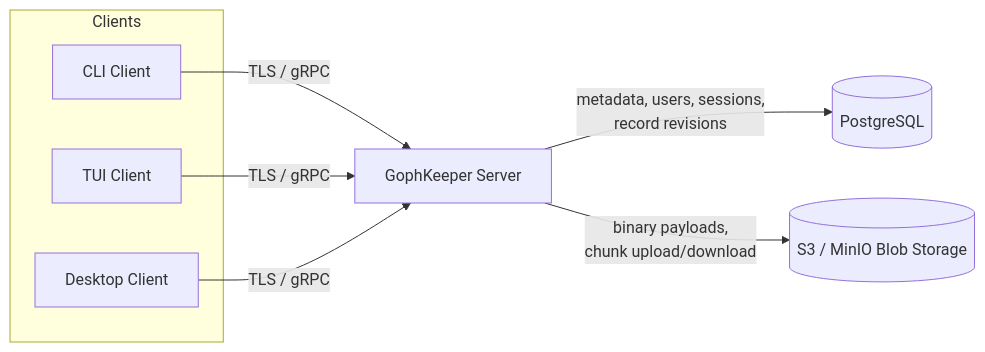
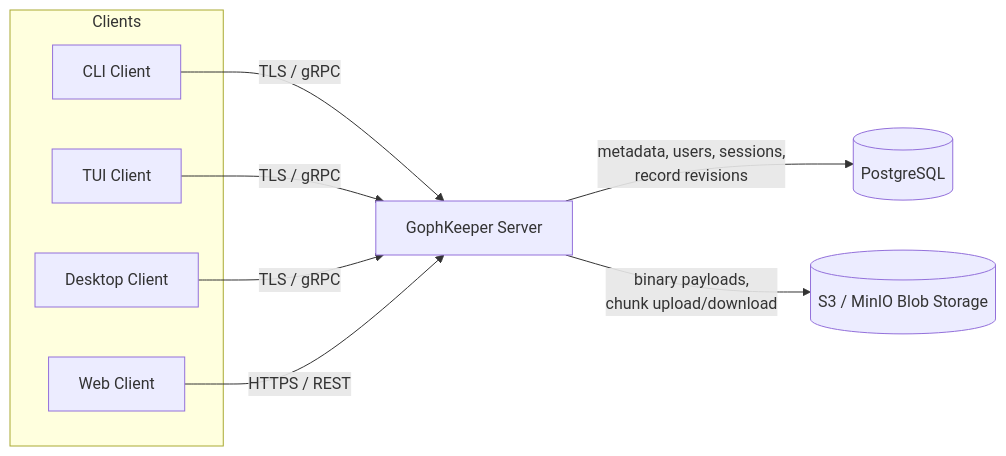
Before and after one commit to hydra13/gophkeeper: the first of 5 diagrams in .memory-bank/schemas-high.md, drawn with Mermaid. The commit also changed other lines of this file and 84 other files, not shown here.

````diff
--- a/.memory-bank/schemas-high.md
+++ b/.memory-bank/schemas-high.md
@@ -15,19 +20,21 @@
 ```mermaid
 flowchart LR
     subgraph Clients["Clients"]
         CLI["CLI Client"]
         TUI["TUI Client"]
         Desktop["Desktop Client"]
+        Web["Web Client"]
     end
 
     Server["GophKeeper Server"]
     DB[("PostgreSQL")]
     S3[("S3 / MinIO Blob Storage")]
 
     CLI -->|"TLS / gRPC"| Server
     TUI -->|"TLS / gRPC"| Server
     Desktop -->|"TLS / gRPC"| Server
+    Web -->|"HTTPS / REST"| Server
 
     Server -->|"metadata, users, sessions,\nrecord revisions"| DB
     Server -->|"binary payloads,\nchunk upload/download"| S3
 ```
````
